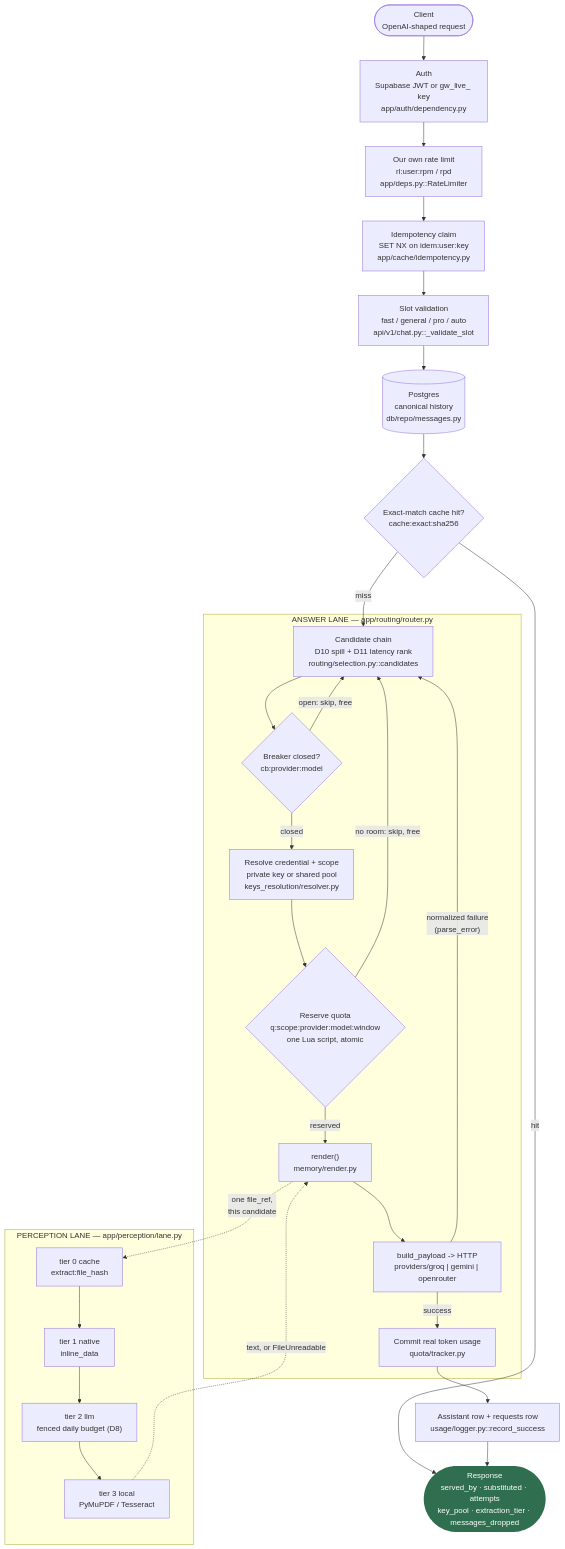
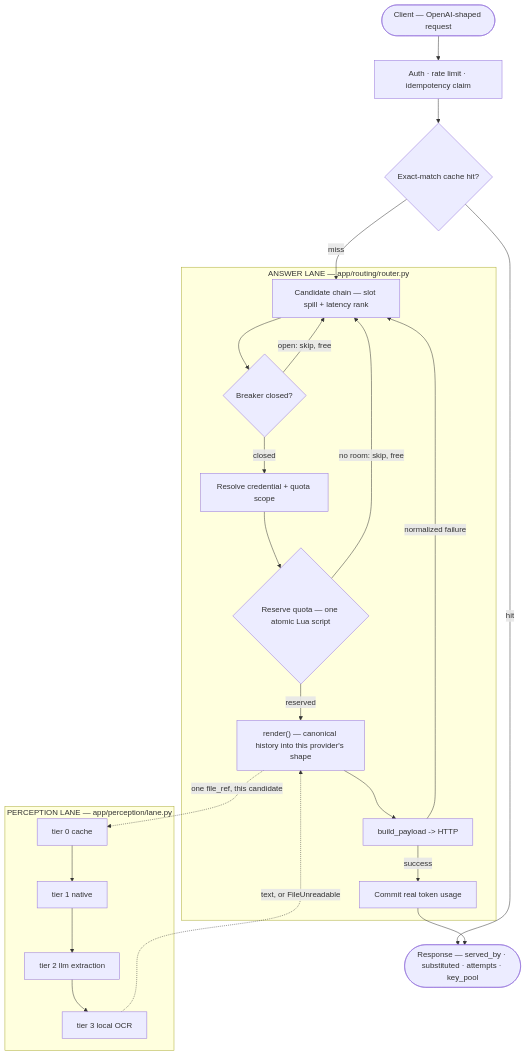
One commit to NightmareXIX/llm-gateway-project changed the diagram in README.md. Above: the diagram before and after it, drawn with Mermaid. The commit also changed other lines of this file and 3 other files, not shown here.

````diff
--- a/README.md
+++ b/README.md
@@ -27,38 +97,28 @@
 ```mermaid
 flowchart TD
-    Client(["Client\nOpenAI-shaped request"]) --> Auth["Auth\nSupabase JWT or gw_live_ key\napp/auth/dependency.py"]
-    Auth --> RL["Our own rate limit\nrl:user:rpm / rpd\napp/deps.py::RateLimiter"]
-    RL --> Idem["Idempotency claim\nSET NX on idem:user:key\napp/cache/idempotency.py"]
-    Idem --> Slot["Slot validation\nfast / general / pro / auto\napi/v1/chat.py::_validate_slot"]
-    Slot --> Store[("Postgres\ncanonical history\ndb/repo/messages.py")]
-    Store --> Cache{"Exact-match cache hit?\ncache:exact:sha256"}
+    Client(["Client — OpenAI-shaped request"]) --> Auth["Auth · rate limit · idempotency claim"]
+    Auth --> Cache{"Exact-match cache hit?"}
     Cache -- hit --> Reply
-    Cache -- miss --> Chain["Candidate chain\nD10 spill + D11 latency rank\nrouting/selection.py::candidates"]
+    Cache -- miss --> Chain["Candidate chain — slot spill + latency rank"]
 
     subgraph answer ["ANSWER LANE — app/routing/router.py"]
-        Chain --> Breaker{"Breaker closed?\ncb:provider:model"}
+        Chain --> Breaker{"Breaker closed?"}
         Breaker -- "open: skip, free" --> Chain
-        Breaker -- closed --> Cred["Resolve credential + scope\nprivate key or shared pool\nkeys_resolution/resolver.py"]
-        Cred --> Quota{"Reserve quota\nq:scope:provider:model:window\none Lua script, atomic"}
+        Breaker -- closed --> Cred["Resolve credential + quota scope"]
+        Cred --> Quota{"Reserve quota — one atomic Lua script"}
         Quota -- "no room: skip, free" --> Chain
-        Quota -- reserved --> Render["render()\nmemory/render.py"]
-        Render --> Attempt["build_payload -> HTTP\nproviders/groq | gemini | openrouter"]
-        Attempt -- "normalized failure\n(parse_error)" --> Chain
-        Attempt -- success --> Commit["Commit real token usage\nquota/tracker.py"]
+        Quota -- reserved --> Render["render() — canonical history into this provider's shape"]
+        Render --> Attempt["build_payload -> HTTP"]
+        Attempt -- "normalized failure" --> Chain
+        Attempt -- success --> Commit["Commit real token usage"]
     end
 
     subgraph perception ["PERCEPTION LANE — app/perception/lane.py"]
-        T0["tier 0 cache\nextract:file_hash"] --> T1["tier 1 native\ninline_data"]
-        T1 --> T2["tier 2 llm\nfenced daily budget (D8)"]
-        T2 --> T3["tier 3 local\nPyMuPDF / Tesseract"]
+        T0["tier 0 cache"] --> T1["tier 1 native"] --> T2["tier 2 llm extraction"] --> T3["tier 3 local OCR"]
     end
 
-    Render -. "one file_ref,\nthis candidate" .-> T0
+    Render -. "one file_ref, this candidate" .-> T0
     T3 -. "text, or FileUnreadable" .-> Render
 
-    Commit --> Persist["Assistant row + requests row\nusage/logger.py::record_success"]
-    Persist --> Reply(["Response\nserved_by · substituted · attempts\nkey_pool · extraction_tier · messages_dropped"])
-
-    classDef terminal fill:#2f6f4f,color:#fff,stroke:none;
-    class Reply terminal;
+    Commit --> Reply(["Response — served_by · substituted · attempts · key_pool"])
 ```
````
